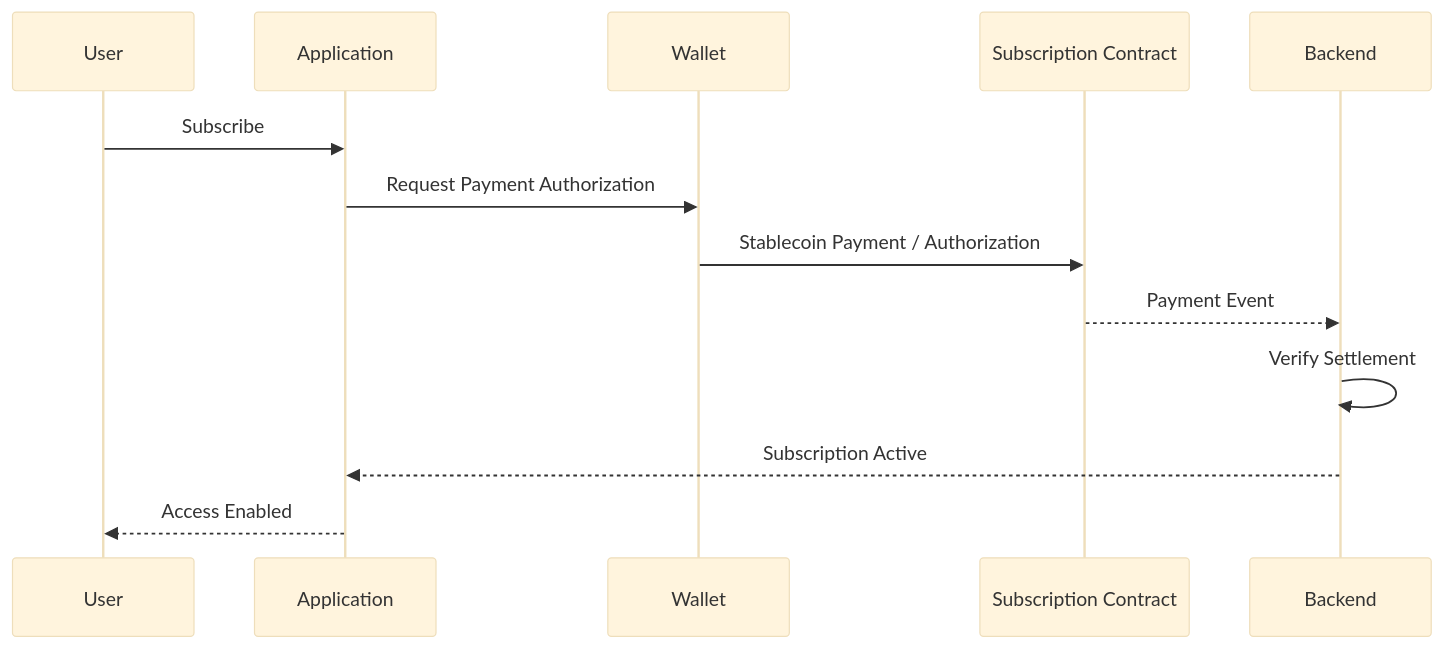
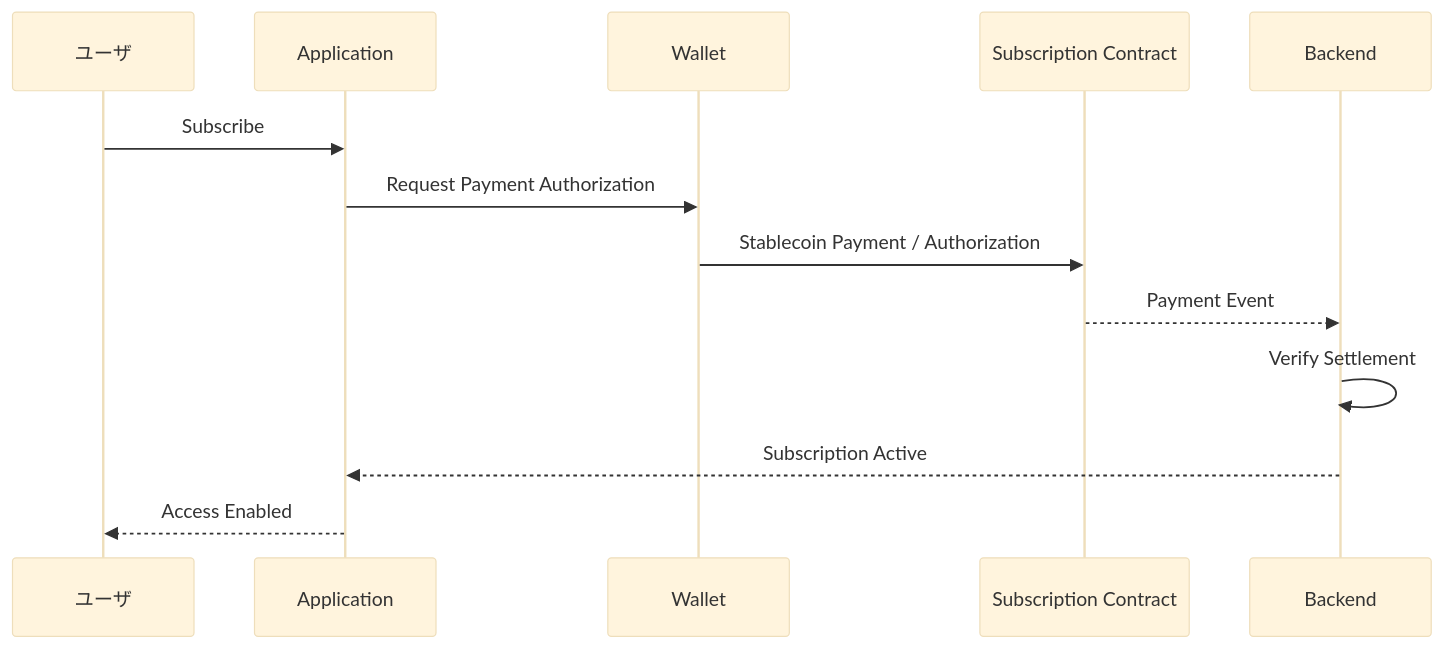
One commit to ShigeichiroYamasaki/creator-first-platform changed the fourth of 4 diagrams in docs/adr/ADR-0008-account-wallet-identity-strategy.md. Above: the diagram before and after it, drawn with Mermaid (base theme). The commit also changed other lines of this file and 67 other files, not shown here.

````diff
--- a/docs/adr/ADR-0008-account-wallet-identity-strategy.md
+++ b/docs/adr/ADR-0008-account-wallet-identity-strategy.md
@@ -961,16 +961,16 @@
 ```mermaid
 sequenceDiagram
-    participant U as User
+    participant U as ユーザ
     participant A as Application
     participant W as Wallet
     participant C as Subscription Contract
     participant B as Backend
 
     U->>A: Subscribe
     A->>W: Request Payment Authorization
     W->>C: Stablecoin Payment / Authorization
     C-->>B: Payment Event
     B->>B: Verify Settlement
     B-->>A: Subscription Active
     A-->>U: Access Enabled
 ```
````
